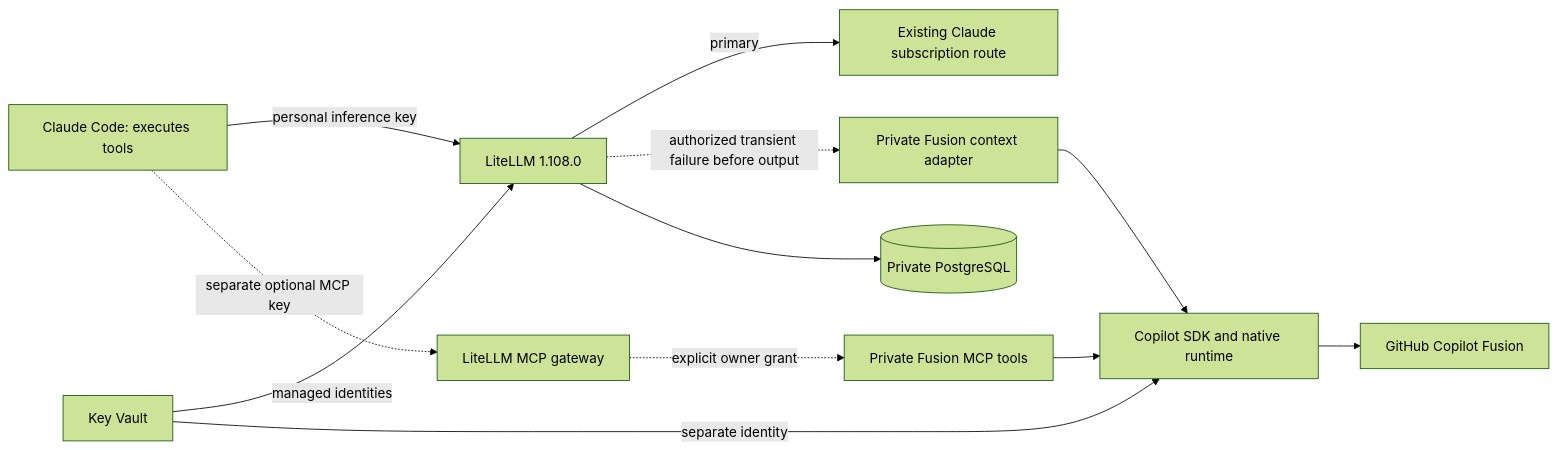
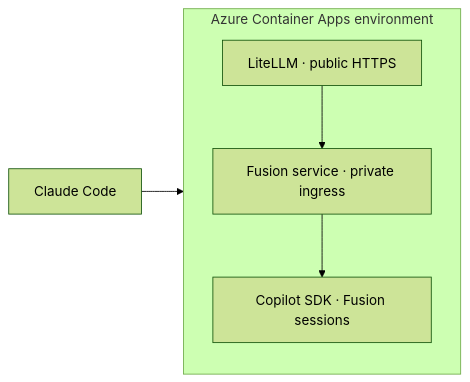
The diagram in docs/ARCHITECTURE.md (ShmuelMax100/claude-teams-litellm-copilot), drawn with Mermaid (forest theme) before and after one commit. The commit also changed other lines of this file and 98 other files, not shown here.

Commit message:
Make Fusion the sole ACA model route with isolated user identities

````diff
--- a/docs/ARCHITECTURE.md
+++ b/docs/ARCHITECTURE.md
@@ -8,14 +3,8 @@
 ```mermaid
 flowchart LR
-  C[Claude Code: executes tools] -->|personal inference key| L[LiteLLM 1.108.0]
-  L -->|primary| A[Existing Claude subscription route]
-  L -. authorized transient failure before output .-> I[Private Fusion context adapter]
-  C -. separate optional MCP key .-> M[LiteLLM MCP gateway]
-  M -. explicit owner grant .-> F[Private Fusion MCP tools]
-  I --> S[Copilot SDK and native runtime]
-  F --> S
-  S --> G[GitHub Copilot Fusion]
-  L --> P[(Private PostgreSQL)]
-  K[Key Vault] -->|managed identities| L
-  K -->|separate identity| S
+    C[Claude Code] --> ACA
+    subgraph ACA[Azure Container Apps environment]
+        L[LiteLLM · public HTTPS] --> F[Fusion service · private ingress]
+        F --> S[Copilot SDK · Fusion sessions]
+    end
 ```
````
